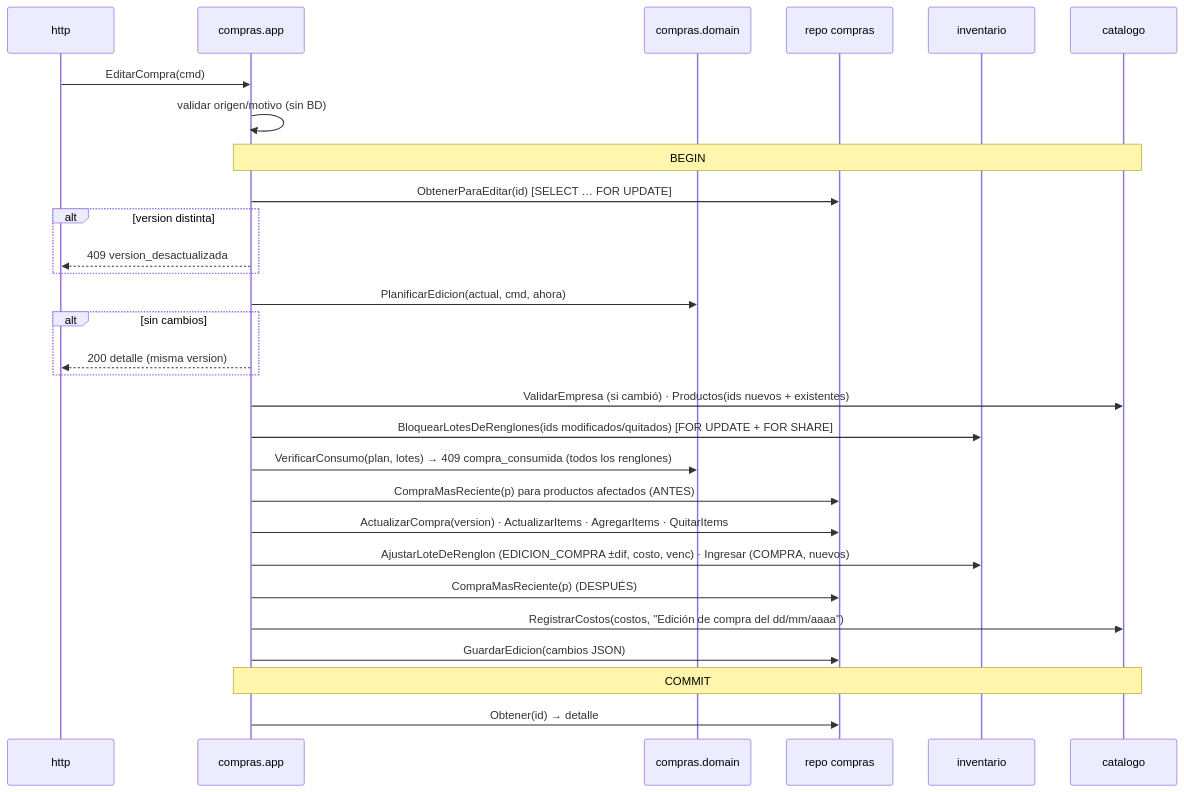
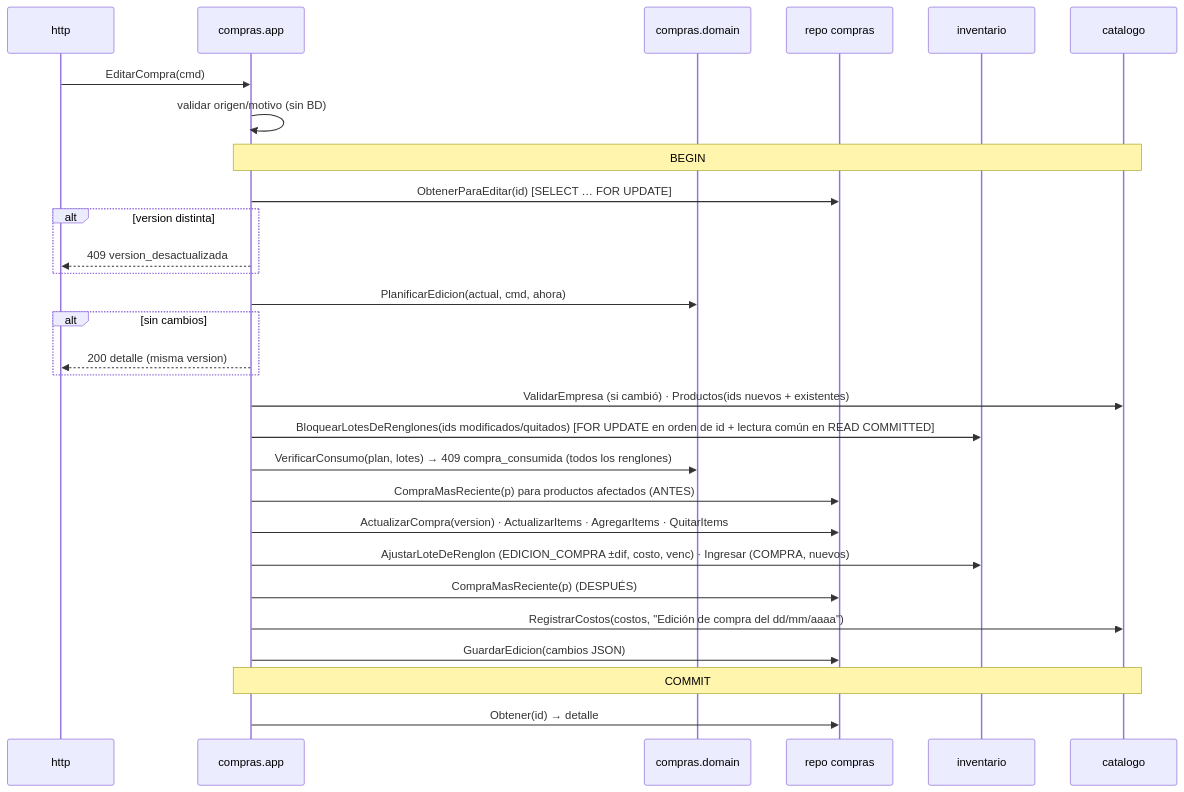
One commit to adriangz10/sistema-magui changed the second of 2 diagrams in docs/architecture/editar-compra.md. Above: the diagram before and after it, drawn with Mermaid. The commit also changed other lines of this file and 53 other files, not shown here.

````diff
--- a/docs/architecture/editar-compra.md
+++ b/docs/architecture/editar-compra.md
@@ -38,31 +38,31 @@
 ```mermaid
 sequenceDiagram
   participant H as http
   participant S as compras.app
   participant D as compras.domain
   participant R as repo compras
   participant I as inventario
   participant C as catalogo
   H->>S: EditarCompra(cmd)
   S->>S: validar origen/motivo (sin BD)
   Note over S,C: BEGIN
   S->>R: ObtenerParaEditar(id) [SELECT … FOR UPDATE]
   alt version distinta
     S-->>H: 409 version_desactualizada
   end
   S->>D: PlanificarEdicion(actual, cmd, ahora)
   alt sin cambios
     S-->>H: 200 detalle (misma version)
   end
   S->>C: ValidarEmpresa (si cambió) · Productos(ids nuevos + existentes)
-  S->>I: BloquearLotesDeRenglones(ids modificados/quitados) [FOR UPDATE + FOR SHARE]
+  S->>I: BloquearLotesDeRenglones(ids modificados/quitados) [FOR UPDATE en orden de id + lectura común en READ COMMITTED]
   S->>D: VerificarConsumo(plan, lotes) → 409 compra_consumida (todos los renglones)
   S->>R: CompraMasReciente(p) para productos afectados (ANTES)
   S->>R: ActualizarCompra(version) · ActualizarItems · AgregarItems · QuitarItems
   S->>I: AjustarLoteDeRenglon (EDICION_COMPRA ±dif, costo, venc) · Ingresar (COMPRA, nuevos)
   S->>R: CompraMasReciente(p) (DESPUÉS)
   S->>C: RegistrarCostos(costos, "Edición de compra del dd/mm/aaaa")
   S->>R: GuardarEdicion(cambios JSON)
   Note over S,C: COMMIT
   S->>R: Obtener(id) → detalle
 ```
````
